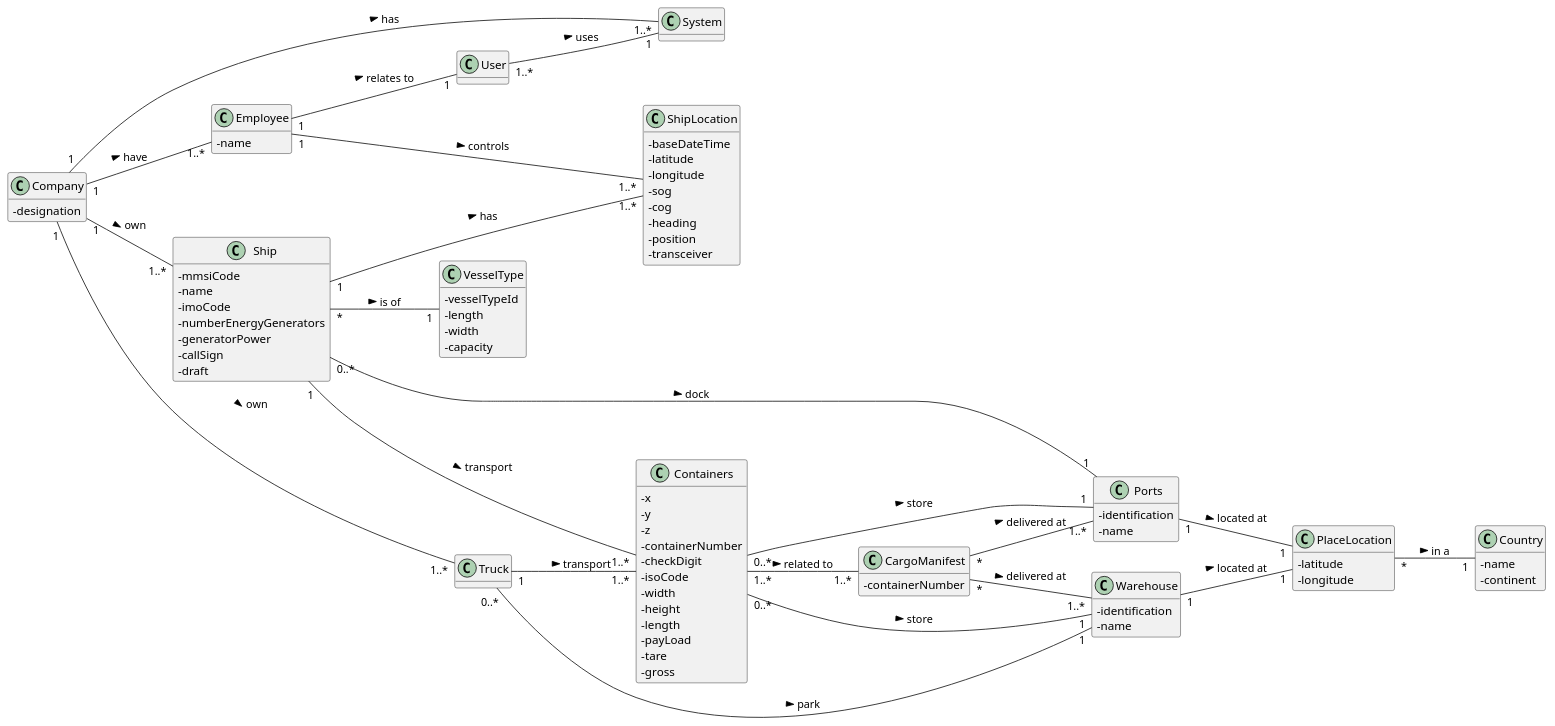
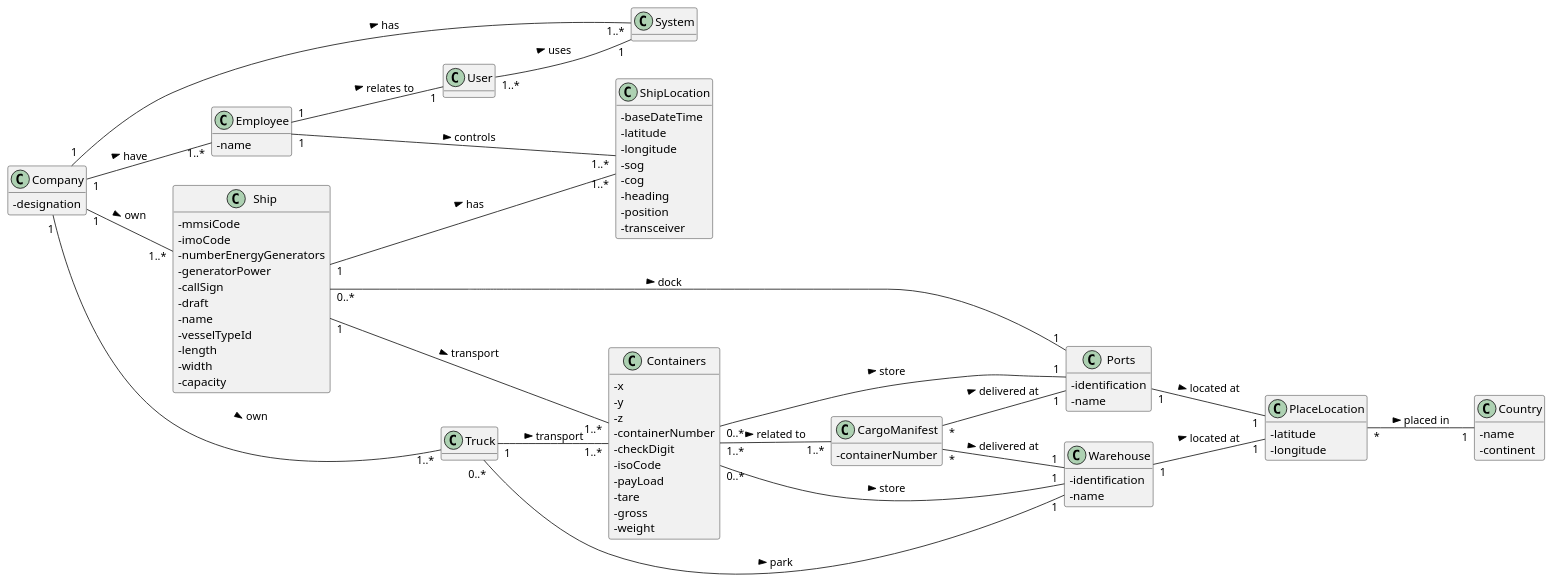
The diagram in docs/DM.puml (0franciscor/lapr3-2021-g042), drawn with PlantUML before and after one commit. The commit also changed 5 other files, not shown here.

```diff
--- a/docs/DM.puml
+++ b/docs/DM.puml
@@ -1,122 +1,118 @@
 @startuml
 'https://plantuml.com/class-diagram
 
 hide methods
 left to right direction
 skinparam classAttributeIconSize 0
 
 class Company {
 -designation
 }
 
 class Employee {
 -name
 }
 
 class Containers {
 -x
 -y
 -z
 -containerNumber
 -checkDigit
 -isoCode
--width
--height
--length
 -payLoad
 -tare
 -gross
+-weight
 }
 
 class CargoManifest {
 -containerNumber
 }
 
 class Ship {
 -mmsiCode
--name
 -imoCode
 -numberEnergyGenerators
 -generatorPower
 -callSign
 -draft
-}
-
-class VesselType {
+-name
 -vesselTypeId
 -length
 -width
 -capacity
 }
+
+
 
 class Ports {
 -identification
 -name
 }
 
 class Truck {
 
 }
 
 class Warehouse {
 -identification
 -name
 }
 
 class Country {
 -name
 -continent
 }
 
 class PlaceLocation {
 -latitude
 -longitude
 }
 
 class ShipLocation {
 -baseDateTime
 -latitude
 -longitude
 -sog
 -cog
 -heading
 -position
 -transceiver
 }
 
-CargoManifest "*" -- "1..*" Ports : delivered at >
-CargoManifest "*" -- "1..*" Warehouse : delivered at >
+CargoManifest "*" -- "1" Ports : delivered at >
+CargoManifest "*" -- "1" Warehouse : delivered at >
 
 Company "1"--"1..*" Ship: own >
-Company "1" -- "1..*" System : has >
+Company "1" - "1..*" System : has >
 Company "1"--"1..*" Employee: have >
 Company "1"--"1..*" Truck: own >
 
 Containers "1..*"--"1..*" CargoManifest: related to >
 Containers "0..*"--"1" Ports: store >
 Containers "0..*"--"1" Warehouse: store >
 
-PlaceLocation "*" -- "1" Country : in a >
+PlaceLocation "*" -- "1" Country : placed in >
 
 Ports "1" -- "1" PlaceLocation : located at >
 
 Ship "1"---"1..*" Containers : transport >
 Ship "0..*"--"1" Ports: dock >
 Ship "1" -- "1..*" ShipLocation : has >
-Ship "*" -- "1" VesselType : is of >
 
 Employee "1" --- "1..*" ShipLocation : controls >
 Employee "1" -- "1" User : relates to >
 
 Truck "1"--"1..*" Containers : transport >
 Truck "0..*"--"1" Warehouse: park >
 
 User "1..*" -- "1" System : uses >
 
 Warehouse "1" -- "1" PlaceLocation : located at >
 
 
 
 
 
 @enduml
```
